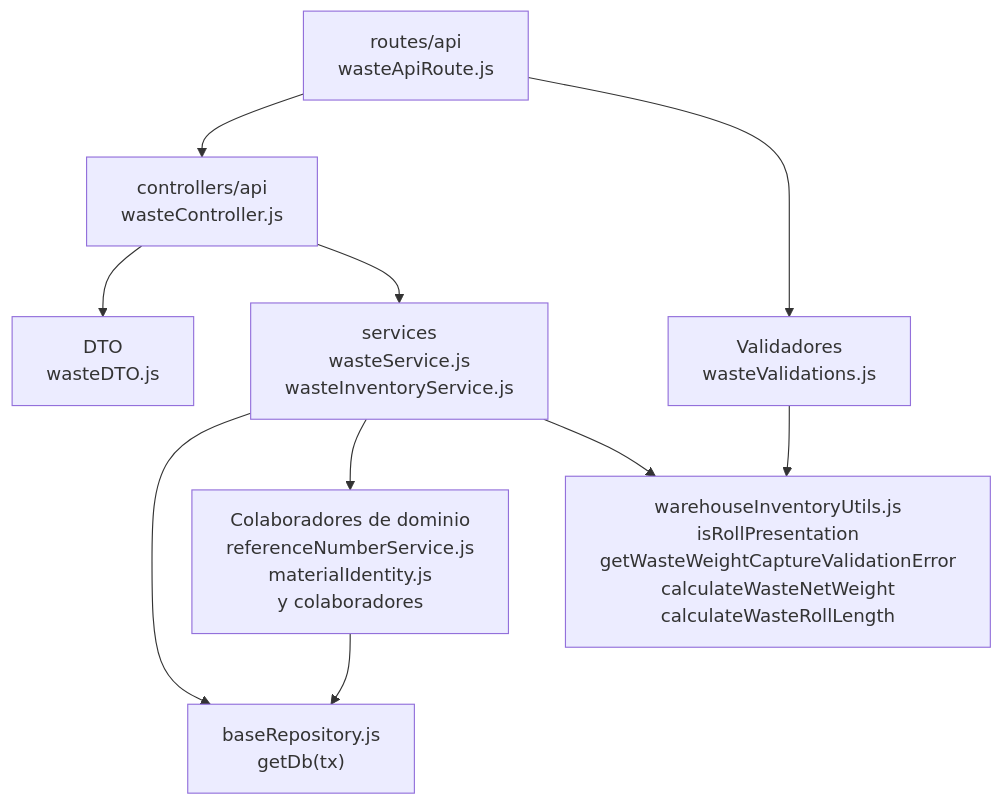
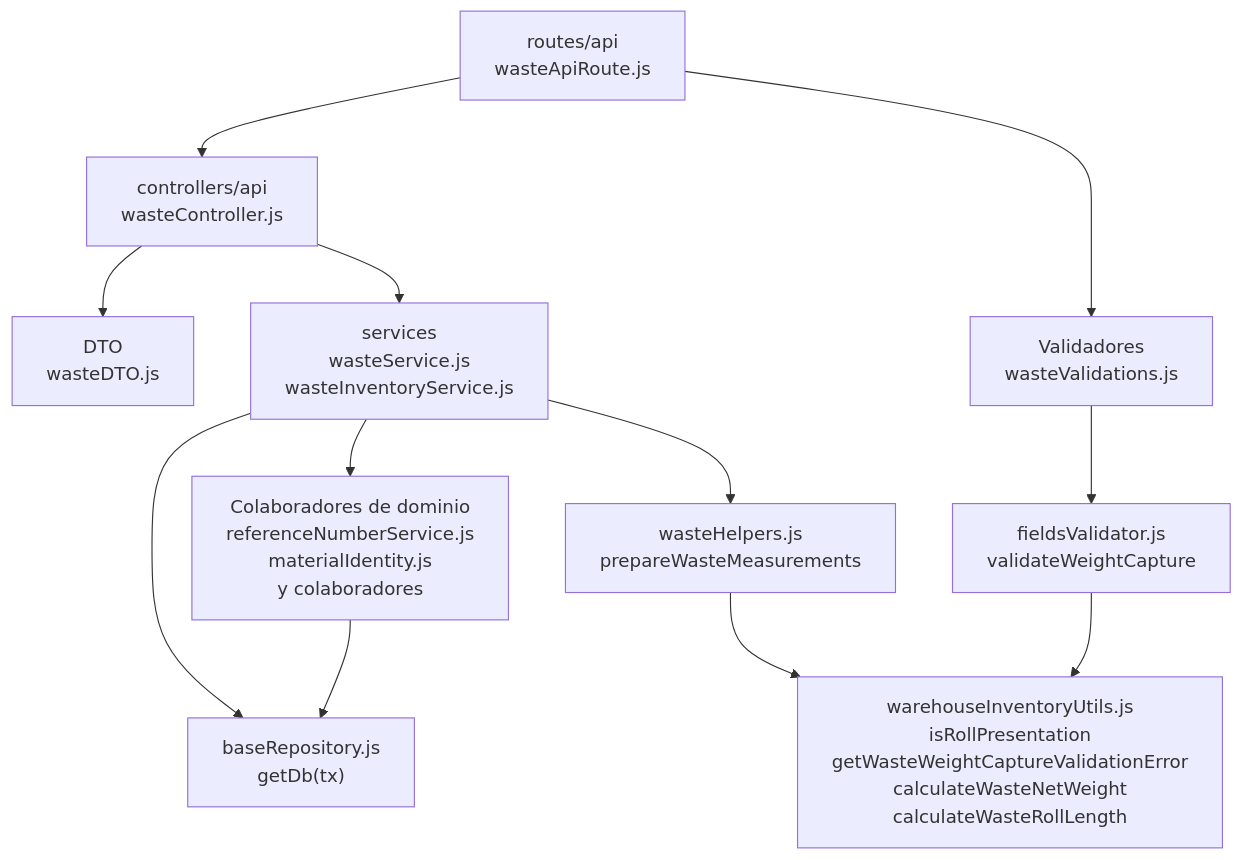
The diagram in docs/architecture/views/development/backend-technical-documentation/11-wastes-code.md (gpgsistemas01/nexus), drawn with Mermaid before and after one commit. The commit also changed other lines of this file and 13 other files, not shown here.

````diff
--- a/docs/architecture/views/development/backend-technical-documentation/11-wastes-code.md
+++ b/docs/architecture/views/development/backend-technical-documentation/11-wastes-code.md
@@ -7,20 +7,24 @@
 ```mermaid
 flowchart TB
     R["routes/api<br/>wasteApiRoute.js"]
     C["controllers/api<br/>wasteController.js"]
     S["services<br/>wasteService.js<br/>wasteInventoryService.js"]
     D["DTO<br/>wasteDTO.js"]
     X["Colaboradores de dominio<br/>referenceNumberService.js<br/>materialIdentity.js<br/>y colaboradores"]
     V["Validadores<br/>wasteValidations.js"]
+    Fields["fieldsValidator.js<br/>validateWeightCapture"]
+    Measurements["wasteHelpers.js<br/>prepareWasteMeasurements"]
     P["baseRepository.js<br/>getDb(tx)"]
     PresentationRule["warehouseInventoryUtils.js<br/>isRollPresentation<br/>getWasteWeightCaptureValidationError<br/>calculateWasteNetWeight<br/>calculateWasteRollLength"]
     C --> D
     C --> S
     R --> C
     R --> V
     S --> P
     S --> X
-    V --> PresentationRule
-    S --> PresentationRule
+    V --> Fields
+    Fields --> PresentationRule
+    S --> Measurements
+    Measurements --> PresentationRule
     X --> P
 ```
````
